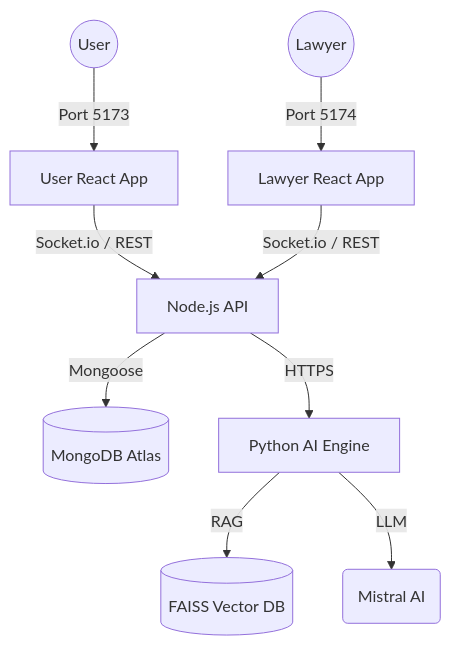
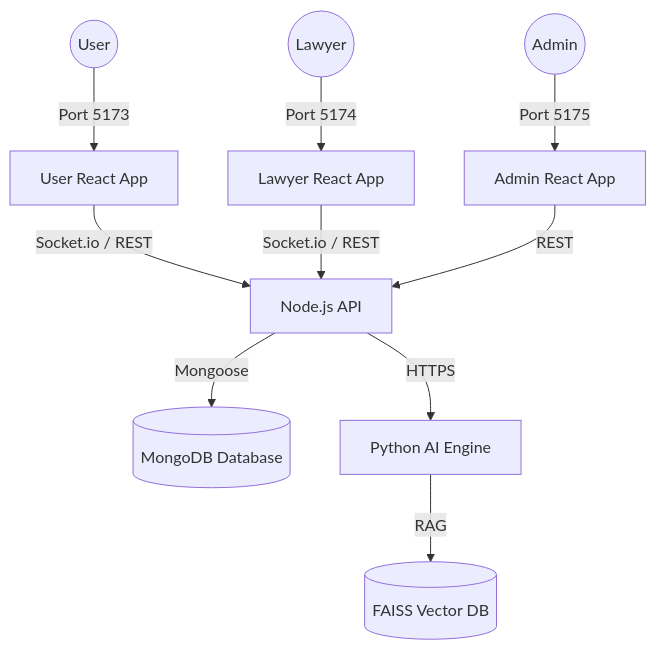
The diagram in README.md (Nishal-15/Juris-Saas), drawn with Mermaid before and after one commit. The commit also changed other lines of this file, not shown here.

````diff
--- a/README.md
+++ b/README.md
@@ -31,11 +31,12 @@
 ```mermaid
 graph TD
     User((User)) -->|Port 5173| Frontend[User React App]
     Lawyer((Lawyer)) -->|Port 5174| ExpertApp[Lawyer React App]
+    Admin((Admin)) -->|Port 5175| AdminApp[Admin React App]
     Frontend -->|Socket.io / REST| Backend[Node.js API]
     ExpertApp -->|Socket.io / REST| Backend
-    Backend -->|Mongoose| Atlas[(MongoDB Atlas)]
+    AdminApp -->|REST| Backend
+    Backend -->|Mongoose| Atlas[(MongoDB Database)]
     Backend -->|HTTPS| AI[Python AI Engine]
     AI -->|RAG| FAISS[(FAISS Vector DB)]
-    AI -->|LLM| Ollama(Mistral AI)
 ```
````
